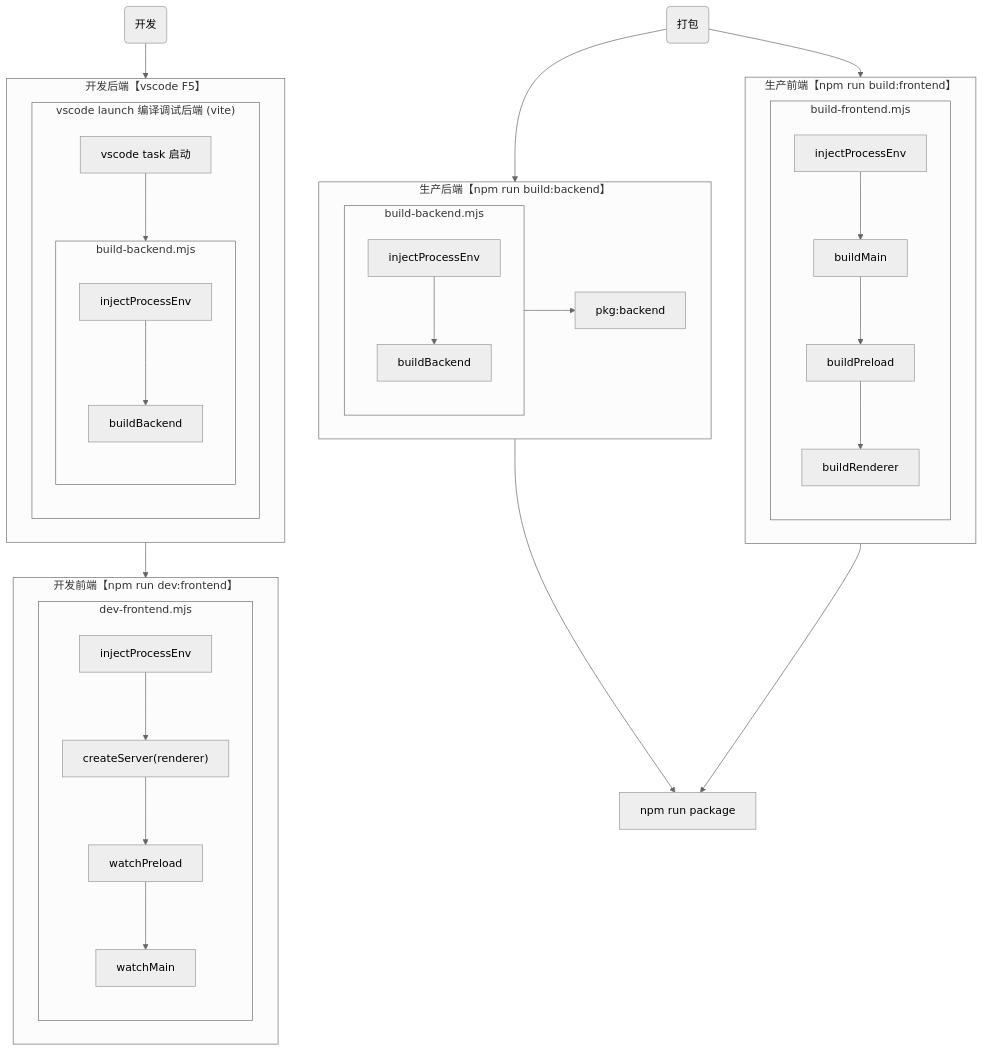
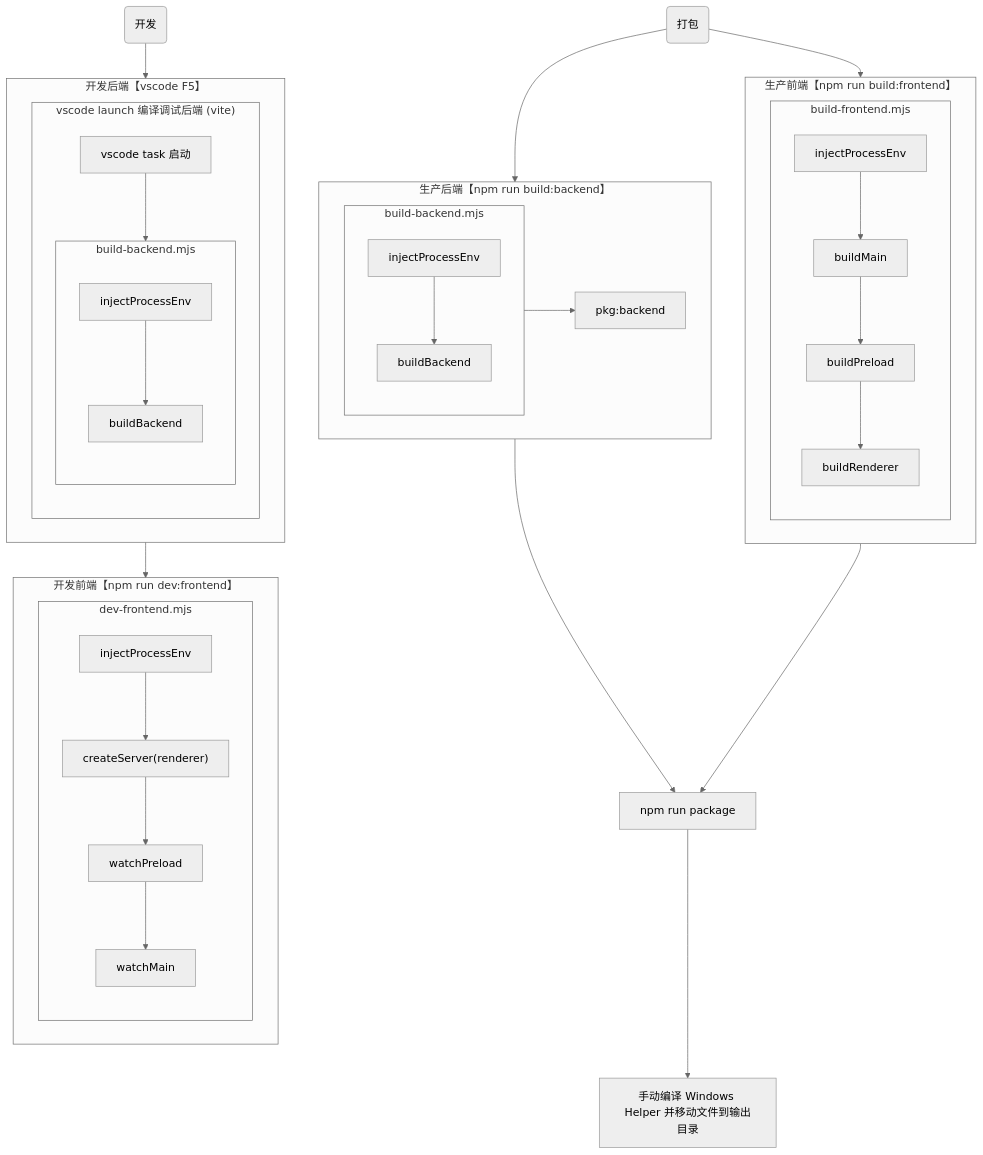
Before and after one commit to ttqftech/FFBox: the diagram in 日志.md, drawn with Mermaid (neutral theme). The commit also changed other lines of this file and 24 other files, not shown here.

Commit message:
实现大按钮菜单面板基础逻辑及相关的 WindowsHelper 功能新增

````diff
--- a/日志.md
+++ b/日志.md
@@ -3,33 +3,33 @@
 ```mermaid
 flowchart TB
   subgraph DFmjs[dev-frontend.mjs]
     IPE1[injectProcessEnv] --> CSR["createServer(renderer)"] --> watchPreload --> watchMain
   end
   subgraph BBmjs[build-backend.mjs]
     IPE2[injectProcessEnv] --> BB1["buildBackend"]
   end
   subgraph BBmjs2[build-backend.mjs]
     IPE3[injectProcessEnv] --> BB2["buildBackend"]
   end
   subgraph BFmjs[build-frontend.mjs]
     IPE4[injectProcessEnv] --> buildMain --> buildPreload --> buildRenderer
   end
   subgraph VCLaunchB["vscode launch 编译调试后端 (vite)"]
     VSTask["vscode task 启动"] --> BBmjs2
   end
   subgraph 生产前端["生产前端【npm run build:frontend】"]
     BFmjs
   end
   subgraph 生产后端["生产后端【npm run build:backend】"]
     BBmjs --> PB[pkg:backend]
   end
   subgraph 开发前端["开发前端【npm run dev:frontend】"]
     DFmjs
   end
   subgraph 开发后端["开发后端【vscode F5】"]
     VCLaunchB
   end
 
   开发("开发") --> 开发后端 --> 开发前端
-  打包("打包") --> 生产后端 & 生产前端 --> pkg["npm run package"]
+  打包("打包") --> 生产后端 & 生产前端 --> pkg["npm run package"] --> helper[手动编译 Windows Helper 并移动文件到输出目录]
 ```
````
